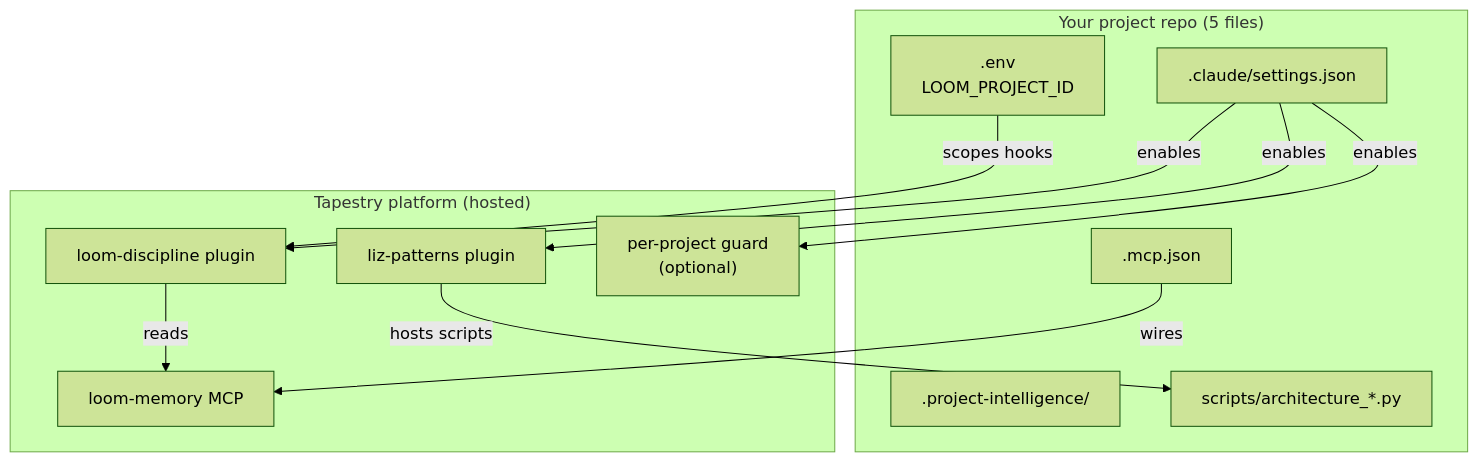
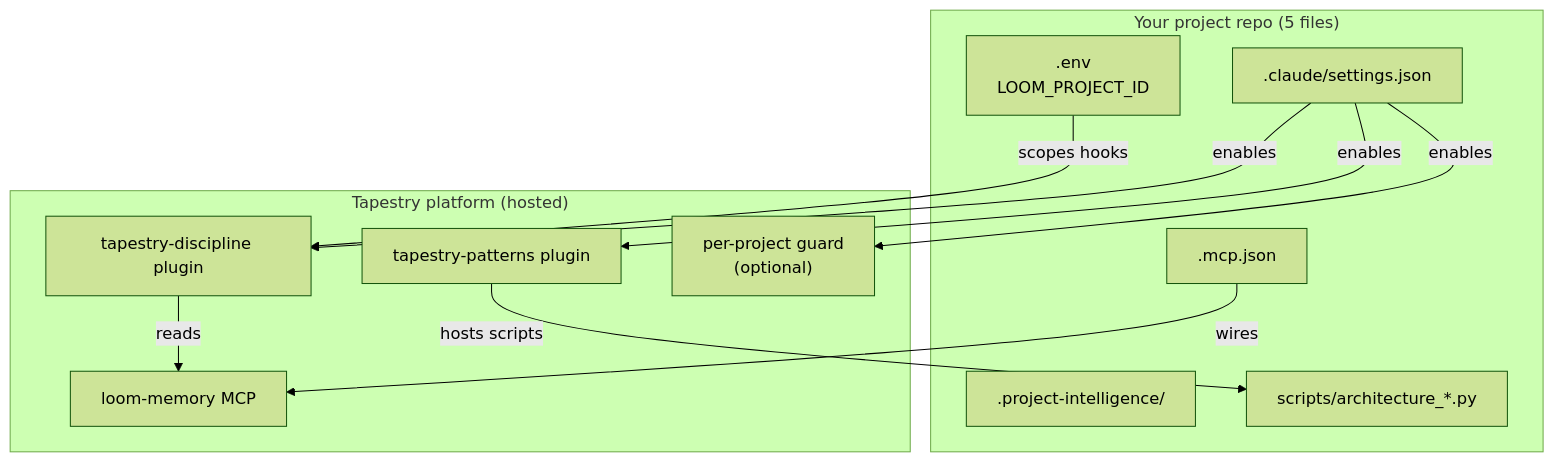
The fifth of 6 diagrams in apps/docs-site/src/content/docs/explanation/discipline-stack.md (Lizo-RoadTown/tapestry), drawn with Mermaid (forest theme) before and after one commit. The commit also changed other lines of this file and 10 other files, not shown here.

````diff
--- a/apps/docs-site/src/content/docs/explanation/discipline-stack.md
+++ b/apps/docs-site/src/content/docs/explanation/discipline-stack.md
@@ -111,25 +111,25 @@
 ```mermaid
 flowchart TB
   subgraph PROJECT["Your project repo (5 files)"]
     SETTINGS[".claude/settings.json"]
     MCP[".mcp.json"]
     ENV[".env<br/>LOOM_PROJECT_ID"]
     PI[".project-intelligence/"]
     SNAP["scripts/architecture_*.py"]
   end
 
   subgraph PLATFORM["Tapestry platform (hosted)"]
-    PLUGIN1["loom-discipline plugin"]
-    PLUGIN2["liz-patterns plugin"]
+    PLUGIN1["tapestry-discipline plugin"]
+    PLUGIN2["tapestry-patterns plugin"]
     PLUGIN3["per-project guard<br/>(optional)"]
     MEMORY["loom-memory MCP"]
   end
 
   SETTINGS -->|enables| PLUGIN1
   SETTINGS -->|enables| PLUGIN2
   SETTINGS -->|enables| PLUGIN3
   MCP -->|wires| MEMORY
   ENV -->|scopes hooks| PLUGIN1
   PLUGIN1 -->|reads| MEMORY
   PLUGIN2 -->|hosts scripts| SNAP
 ```
````
